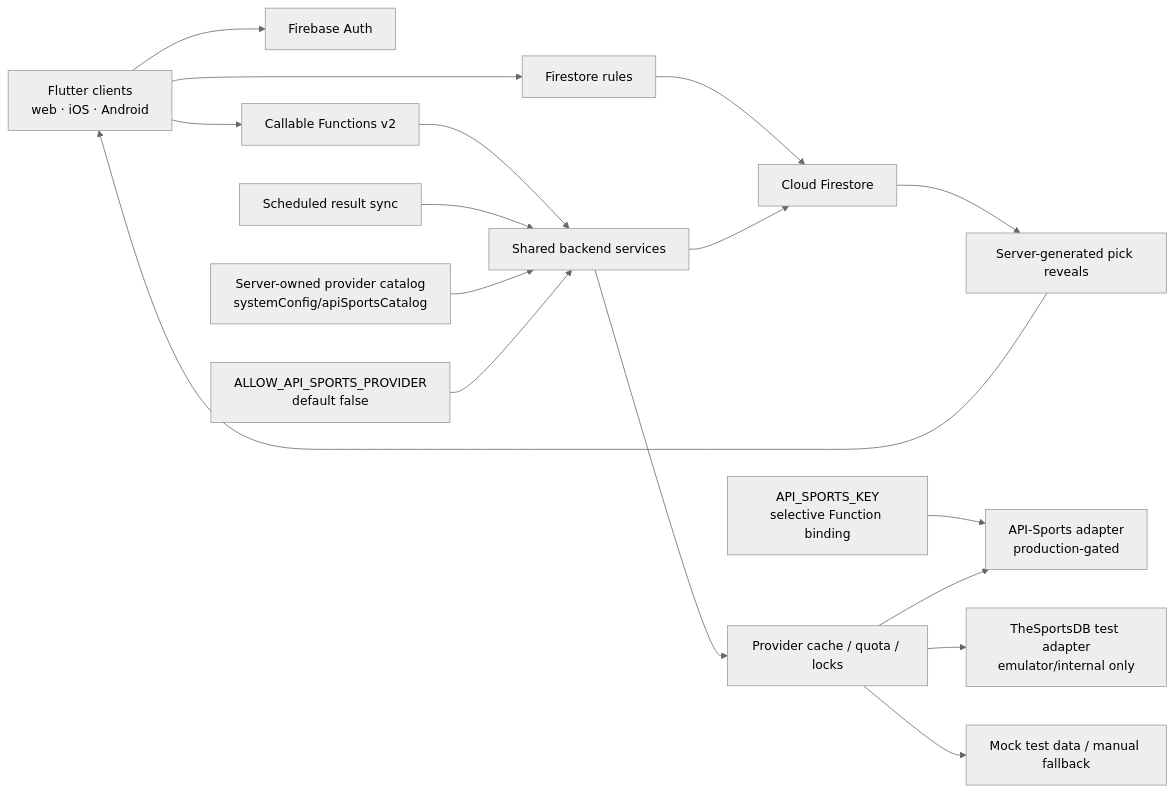
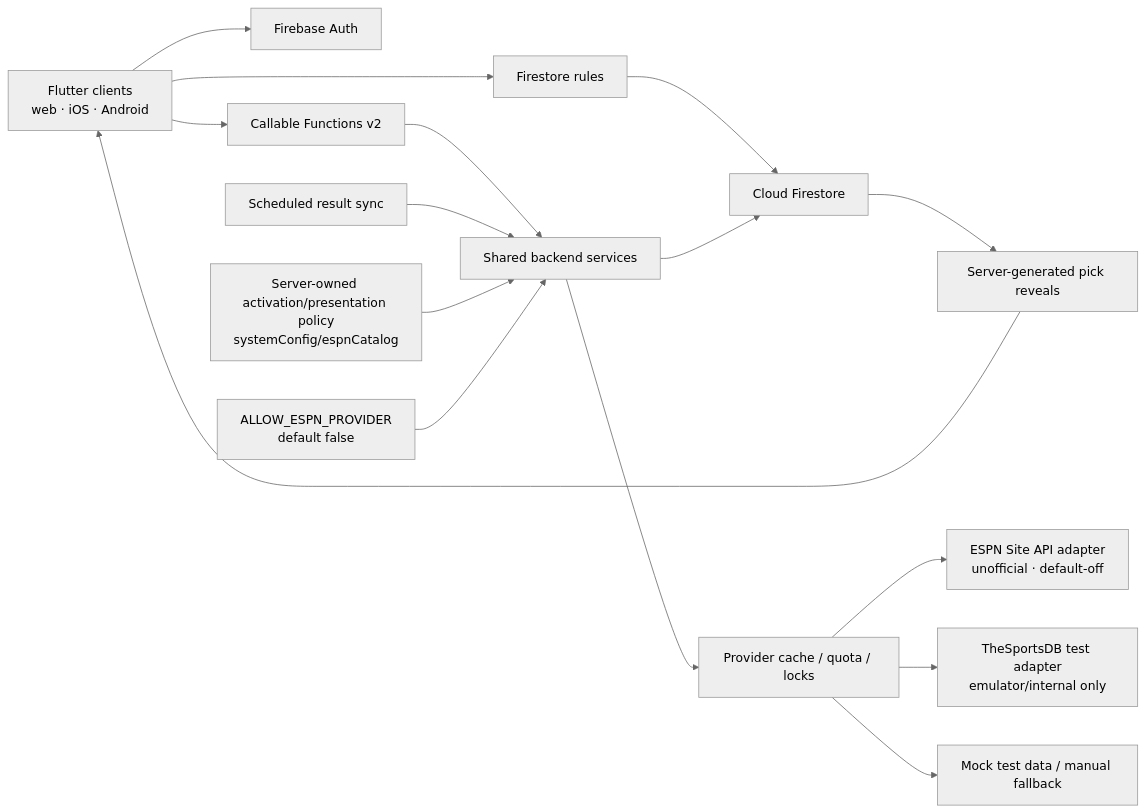
Before and after one commit to mleikam1/lukespics: the diagram in docs/architecture.md, drawn with Mermaid (neutral theme). The commit also changed other lines of this file and 64 other files, not shown here.

Commit message:
Implement guarded sports schedule and scoring flow

````diff
--- a/docs/architecture.md
+++ b/docs/architecture.md
@@ -5,19 +5,18 @@
 ```mermaid
 flowchart LR
   Client["Flutter clients<br/>web · iOS · Android"] --> Auth["Firebase Auth"]
   Client --> Rules["Firestore rules"]
   Rules --> Firestore["Cloud Firestore"]
   Client --> Callables["Callable Functions v2"]
   Callables --> Services["Shared backend services"]
   Scheduler["Scheduled result sync"] --> Services
   Services --> Firestore
-  Config["Server-owned provider catalog<br/>systemConfig/apiSportsCatalog"] --> Services
-  Secret["API_SPORTS_KEY<br/>selective Function binding"] --> Provider
-  Gate["ALLOW_API_SPORTS_PROVIDER<br/>default false"] --> Services
+  Config["Server-owned activation/presentation policy<br/>systemConfig/espnCatalog"] --> Services
+  Gate["ALLOW_ESPN_PROVIDER<br/>default false"] --> Services
   Services --> Cache["Provider cache / quota / locks"]
-  Cache --> Provider["API-Sports adapter<br/>production-gated"]
+  Cache --> Provider["ESPN Site API adapter<br/>unofficial · default-off"]
   Cache --> Internal["TheSportsDB test adapter<br/>emulator/internal only"]
   Cache --> Fallback["Mock test data / manual fallback"]
   Firestore --> Reveals["Server-generated pick reveals"]
   Reveals --> Client
 ```
````
